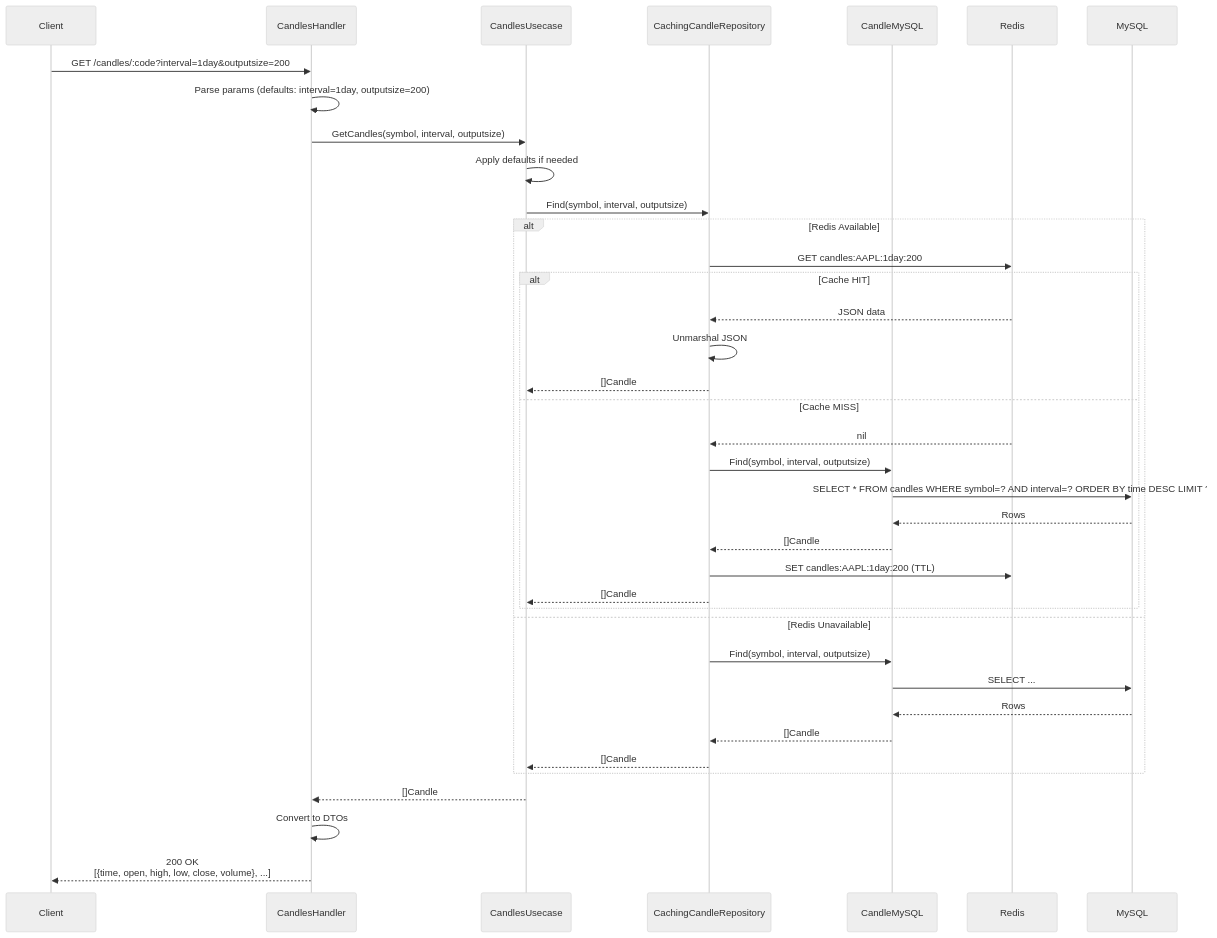
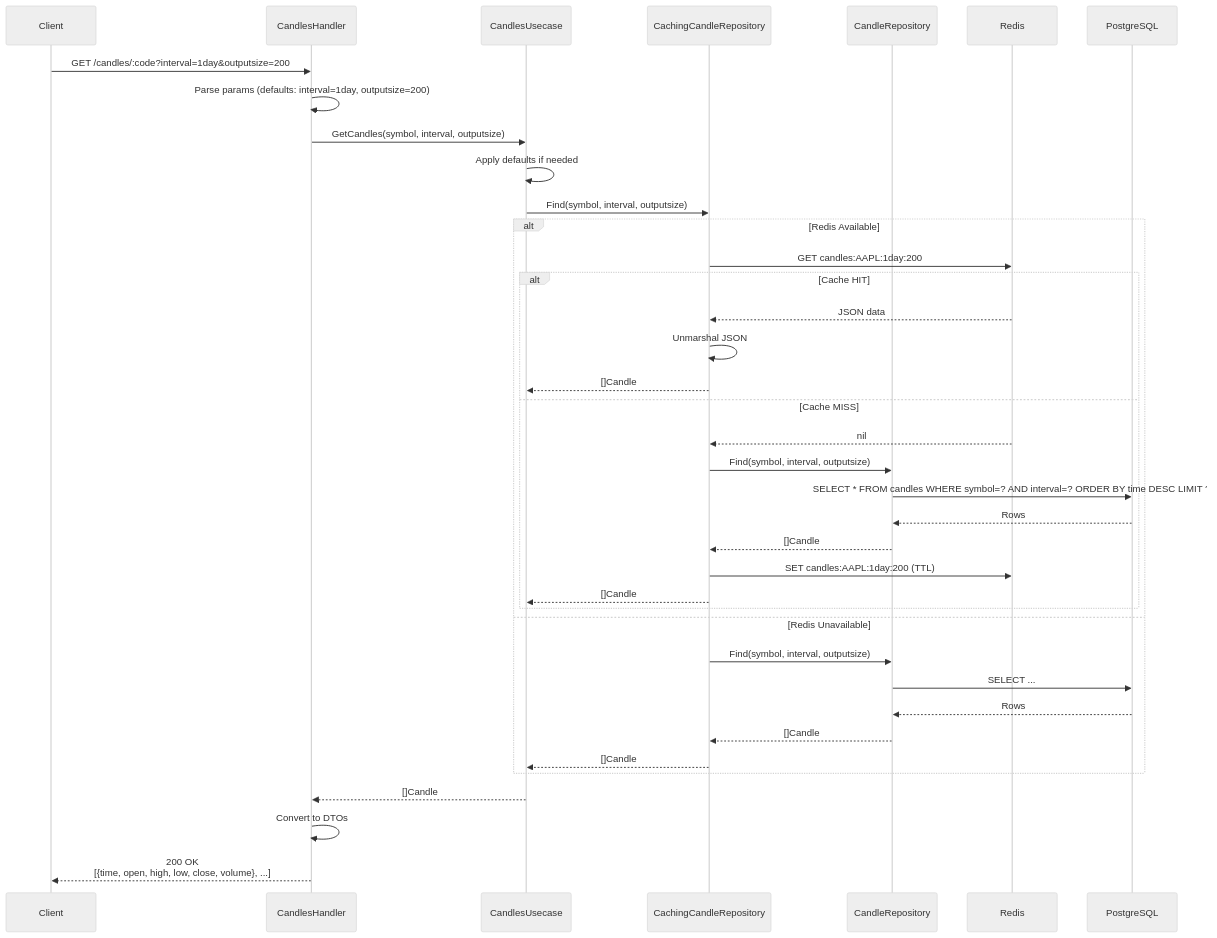
One commit to UCHIDAnobuhiro/stock_backend changed the first of 3 diagrams in internal/feature/candles/README.md. Above: the diagram before and after it, drawn with Mermaid (neutral theme). The commit also changed other lines of this file and 19 other files, not shown here.

````diff
--- a/internal/feature/candles/README.md
+++ b/internal/feature/candles/README.md
@@ -19,43 +19,43 @@
 ```mermaid
 sequenceDiagram
     participant Client
     participant Handler as CandlesHandler
     participant Usecase as CandlesUsecase
     participant Cache as CachingCandleRepository
-    participant Repository as CandleMySQL
+    participant Repository as CandleRepository
     participant Redis
-    participant DB as MySQL
+    participant DB as PostgreSQL
 
     Client->>Handler: GET /candles/:code?interval=1day&outputsize=200
     Handler->>Handler: Parse params (defaults: interval=1day, outputsize=200)
     Handler->>Usecase: GetCandles(symbol, interval, outputsize)
     Usecase->>Usecase: Apply defaults if needed
     Usecase->>Cache: Find(symbol, interval, outputsize)
 
     alt Redis Available
         Cache->>Redis: GET candles:AAPL:1day:200
         alt Cache HIT
             Redis-->>Cache: JSON data
             Cache->>Cache: Unmarshal JSON
             Cache-->>Usecase: []Candle
         else Cache MISS
             Redis-->>Cache: nil
             Cache->>Repository: Find(symbol, interval, outputsize)
             Repository->>DB: SELECT * FROM candles WHERE symbol=? AND interval=? ORDER BY time DESC LIMIT ?
             DB-->>Repository: Rows
             Repository-->>Cache: []Candle
             Cache->>Redis: SET candles:AAPL:1day:200 (TTL)
             Cache-->>Usecase: []Candle
         end
     else Redis Unavailable
         Cache->>Repository: Find(symbol, interval, outputsize)
         Repository->>DB: SELECT ...
         DB-->>Repository: Rows
         Repository-->>Cache: []Candle
         Cache-->>Usecase: []Candle
     end
 
     Usecase-->>Handler: []Candle
     Handler->>Handler: Convert to DTOs
     Handler-->>Client: 200 OK<br/>[{time, open, high, low, close, volume}, ...]
 ```
````
